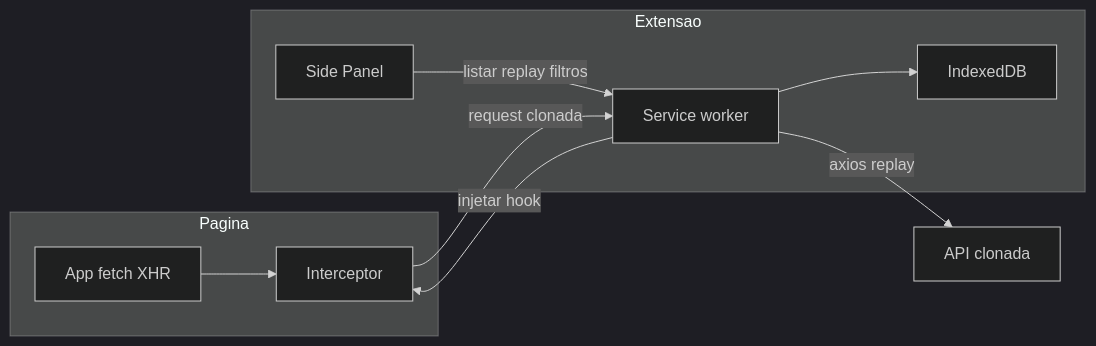
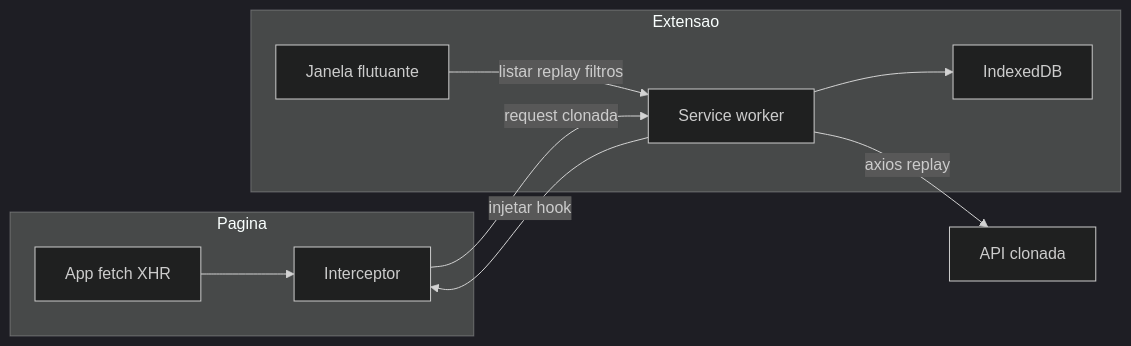
One commit to anderson-tec12/clone-requests changed the diagram in README.md. Above: the diagram before and after it, drawn with Mermaid (dark theme). The commit also changed other lines of this file and 31 other files, not shown here.

````diff
--- a/README.md
+++ b/README.md
@@ -11,18 +11,18 @@
 ```mermaid
 flowchart LR
   subgraph page [Pagina]
     App[App fetch XHR]
     Hook[Interceptor]
     App --> Hook
   end
   subgraph ext [Extensao]
     SW[Service worker]
     Store[IndexedDB]
-    Panel[Side Panel]
+    UI[Janela flutuante]
   end
   Hook -->|"request clonada"| SW
   SW --> Store
-  Panel -->|"listar replay filtros"| SW
+  UI -->|"listar replay filtros"| SW
   SW -->|"axios replay"| API[API clonada]
   SW -->|"injetar hook"| Hook
 ```
````
